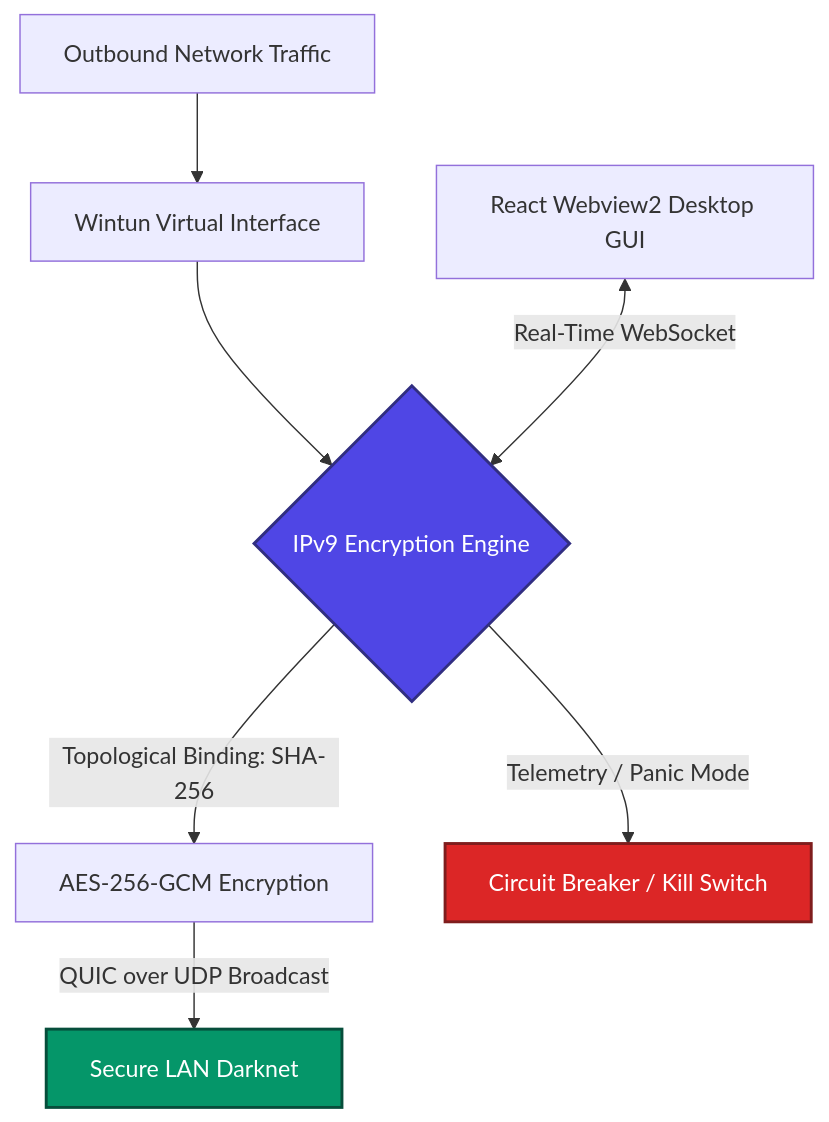
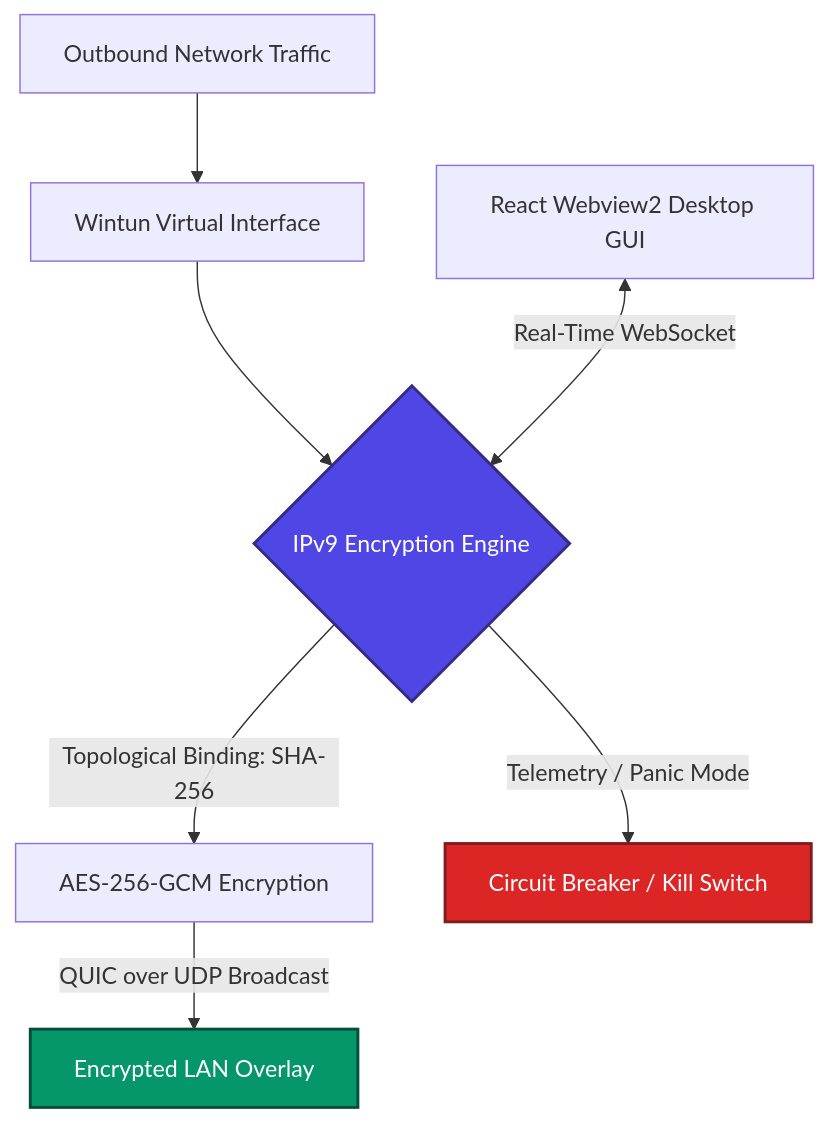
One commit to sao2139/Ipv9 changed the diagram in README.md. Above: the diagram before and after it, drawn with Mermaid. The commit also changed other lines of this file, not shown here.

Commit message:
Update README: replace Darknet with Secure Overlay Network, add warnings and PoC

````diff
--- a/README.md
+++ b/README.md
@@ -17,12 +17,12 @@
 ```mermaid
 graph TD
     A[Outbound Network Traffic] --> B[Wintun Virtual Interface]
     B --> C{IPv9 Encryption Engine}
     C -->|Topological Binding: SHA-256| D[AES-256-GCM Encryption]
-    D -->|QUIC over UDP Broadcast| E[Secure LAN Darknet]
+    D -->|QUIC over UDP Broadcast| E[Encrypted LAN Overlay]
     F[React Webview2 Desktop GUI] <-->|Real-Time WebSocket| C
     C -->|Telemetry / Panic Mode| G[Circuit Breaker / Kill Switch]
     style C fill:#4F46E5,stroke:#312E81,stroke-width:2px,color:#fff
     style E fill:#059669,stroke:#064E3B,stroke-width:2px,color:#fff
     style G fill:#DC2626,stroke:#7F1D1D,stroke-width:2px,color:#fff
 ```
````
